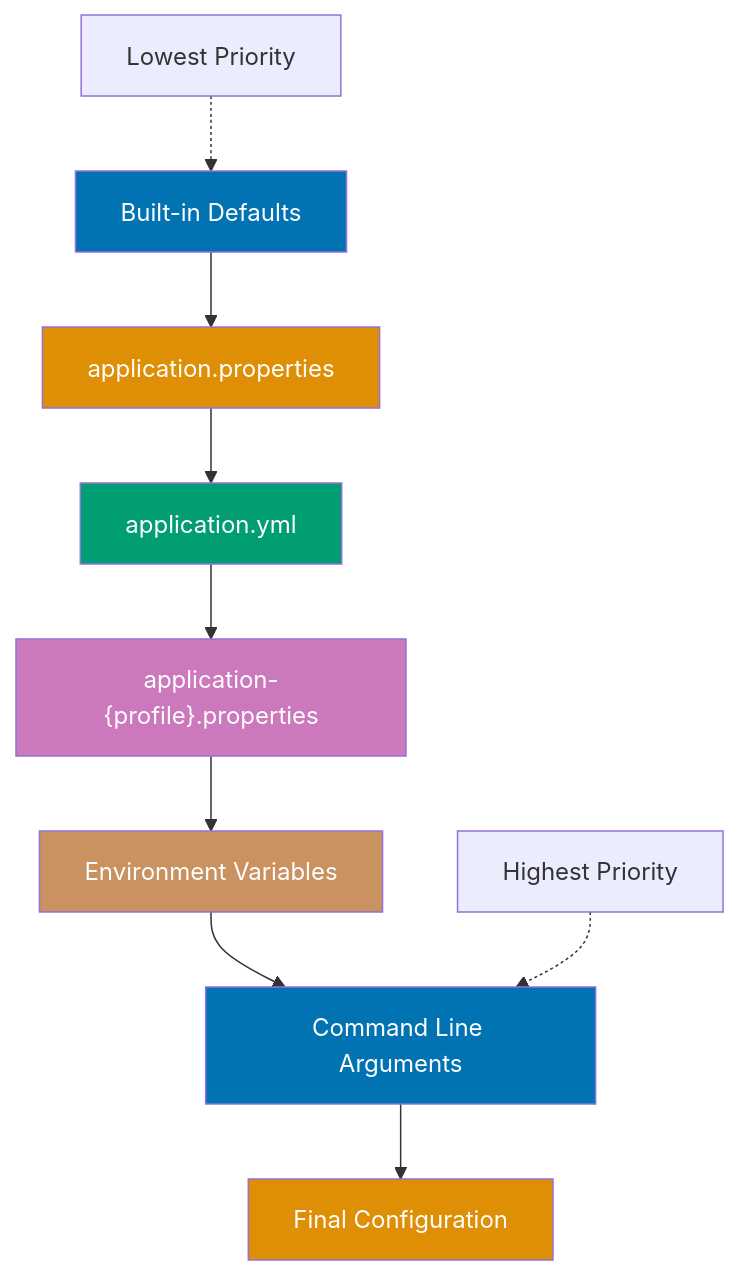
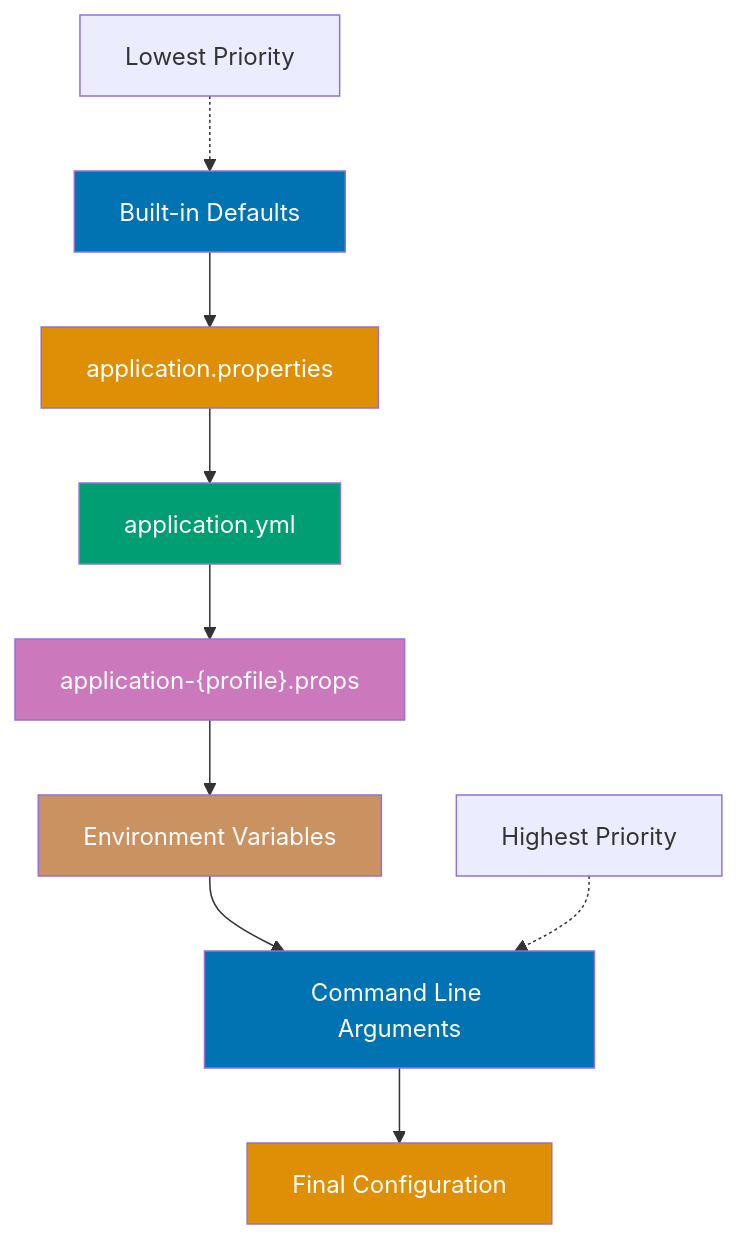
One commit to wahidyankf/open-sharia-enterprise changed the ninth of 10 diagrams in apps/ayokoding-web/content/en/learn/software-engineering/platform-web/tools/jvm-spring-boot/by-example/beginner.md. Above: the diagram before and after it, drawn with Mermaid. The commit also changed other lines of this file and 16 other files, not shown here.

First line of the commit message:
fix(content): fix 46 pre-existing Mermaid violations in tutorial files

````diff
--- a/apps/ayokoding-web/content/en/learn/software-engineering/platform-web/tools/jvm-spring-boot/by-example/beginner.md
+++ b/apps/ayokoding-web/content/en/learn/software-engineering/platform-web/tools/jvm-spring-boot/by-example/beginner.md
@@ -2846,21 +2846,21 @@
 ```mermaid
 %% Color Palette: Blue #0173B2, Orange #DE8F05, Teal #029E73, Purple #CC78BC, Brown #CA9161
 graph TD
     Defaults["Built-in Defaults"] --> AppProps["application.properties"]
     AppProps --> AppYml["application.yml"]
-    AppYml --> ProfileProps["application-{profile}.properties"]
+    AppYml --> ProfileProps["application-{profile}.props"]
     ProfileProps --> EnvVars["Environment Variables"]
     EnvVars --> CmdArgs["Command Line Arguments"]
     CmdArgs --> FinalConfig["Final Configuration"]
 
     Note1["Lowest Priority"] -.-> Defaults
     Note2["Highest Priority"] -.-> CmdArgs
 
     style Defaults fill:#0173B2,color:#fff
     style AppProps fill:#DE8F05,color:#fff
     style AppYml fill:#029E73,color:#fff
     style ProfileProps fill:#CC78BC,color:#fff
     style EnvVars fill:#CA9161,color:#fff
     style CmdArgs fill:#0173B2,color:#fff
     style FinalConfig fill:#DE8F05,color:#fff
 ```
````
